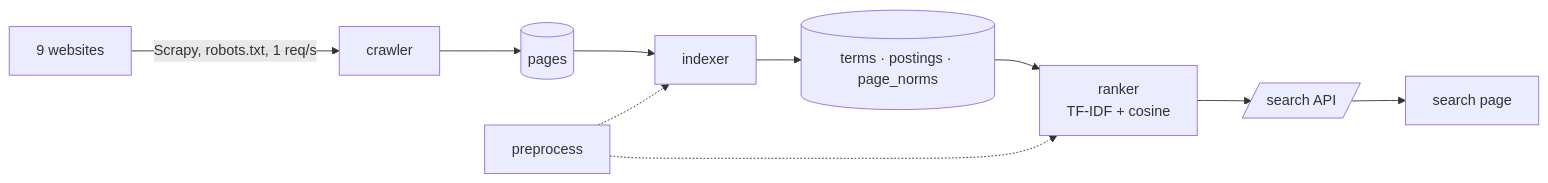
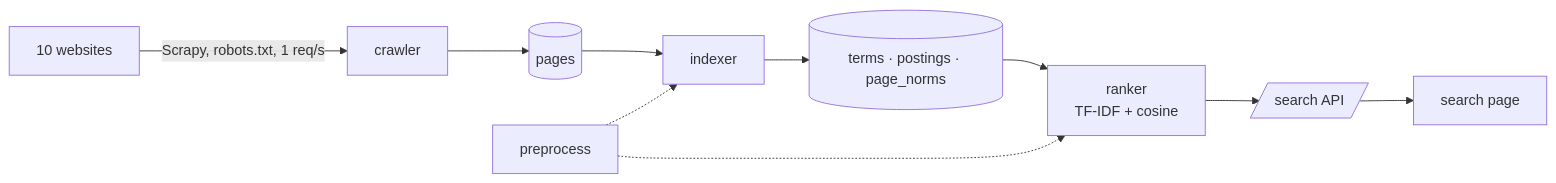
Before and after one commit to 22302754/IRIS-Search-Engine: the diagram in README.md, drawn with Mermaid. The commit also changed other lines of this file and 14 other files, not shown here.

````diff
--- a/README.md
+++ b/README.md
@@ -20,12 +20,12 @@
 ```mermaid
 flowchart LR
-    W[9 websites] -->|Scrapy, robots.txt, 1 req/s| C[crawler]
+    W[10 websites] -->|Scrapy, robots.txt, 1 req/s| C[crawler]
     C --> P[(pages)]
     P --> I[indexer]
     I --> T[(terms · postings · page_norms)]
     T --> R[ranker<br/>TF-IDF + cosine]
     R --> A[/search API/]
     A --> UI[search page]
     PP[preprocess] -.-> I
     PP -.-> R
 ```
````
